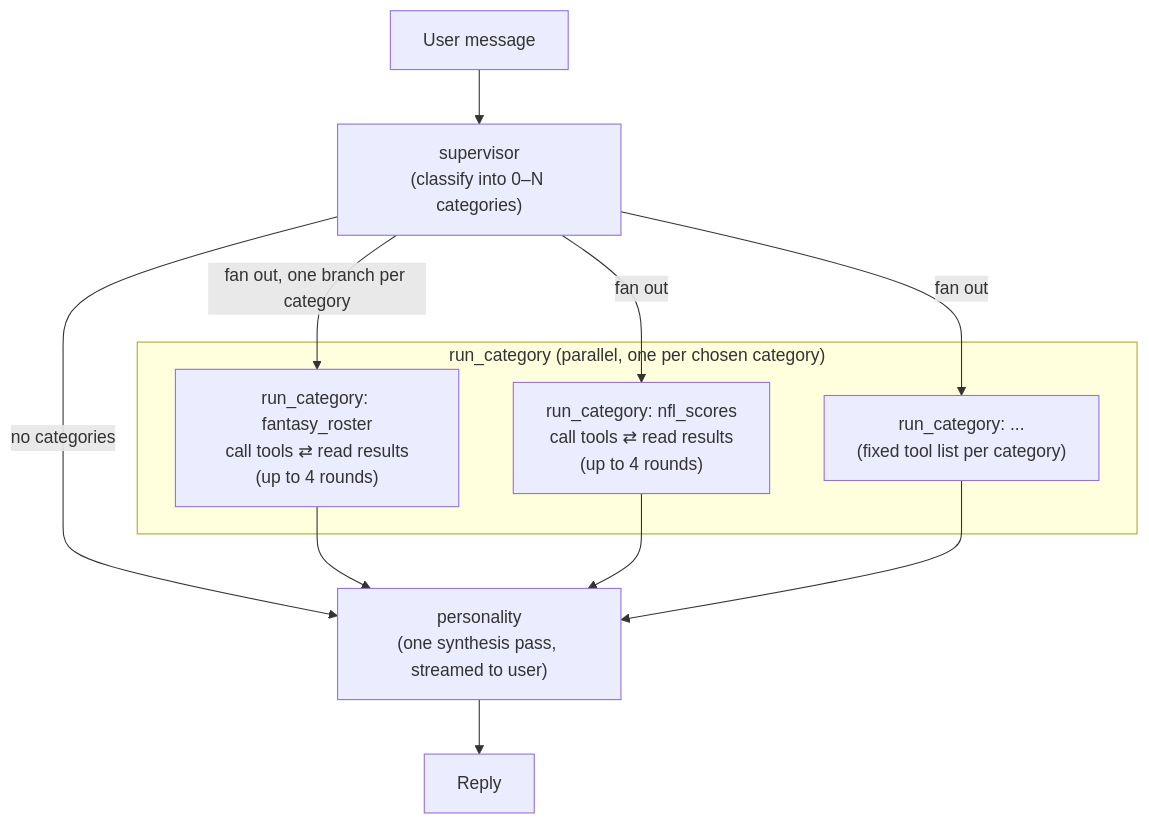
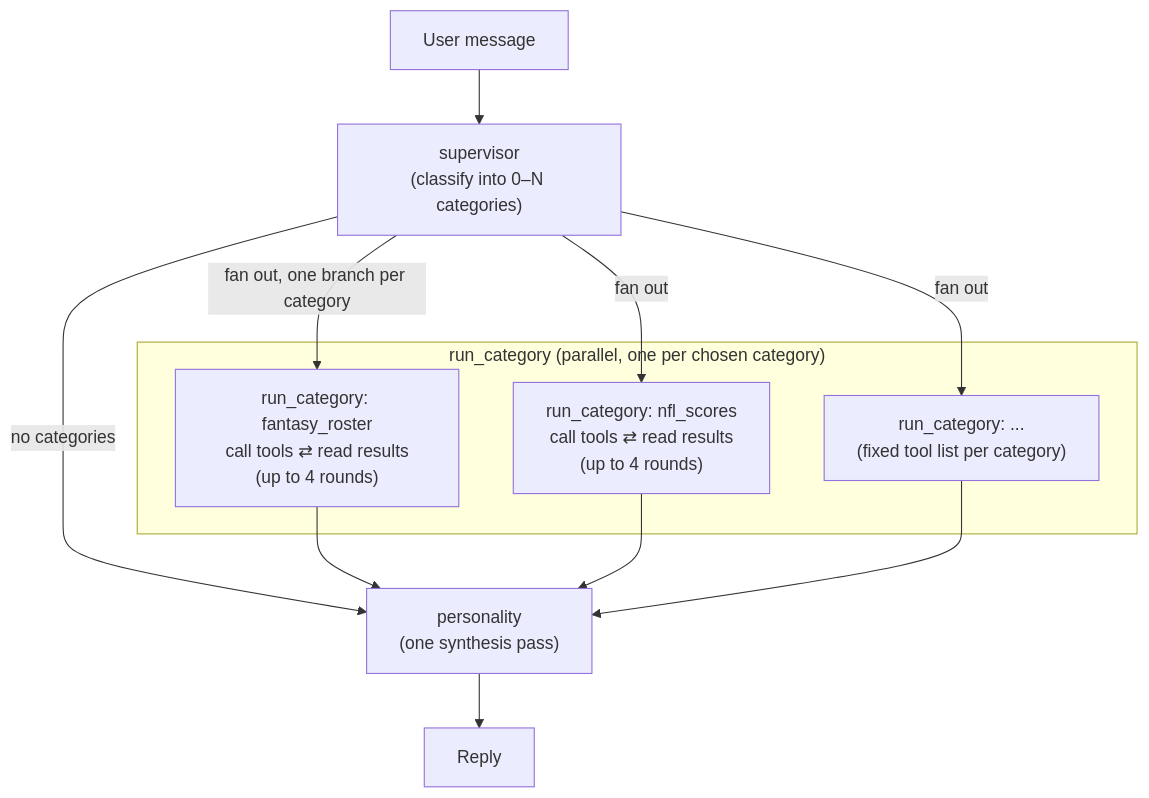
Before and after one commit to Dylanrock333/fantasy-bot: the diagram in docs/LANGGRAPH_WORKFLOW.md, drawn with Mermaid. The commit also changed other lines of this file and 11 other files, not shown here.

First line of the commit message:
Remove SSE streaming, add /api/chart PNG endpoint

````diff
--- a/docs/LANGGRAPH_WORKFLOW.md
+++ b/docs/LANGGRAPH_WORKFLOW.md
@@ -13,19 +13,19 @@
 ```mermaid
 flowchart TD
     U[User message] --> S["supervisor\n(classify into 0–N categories)"]
     S -->|no categories| P
     S -->|fan out, one branch per category| RC1
     S -->|fan out| RC2
     S -->|fan out| RCn
 
     subgraph "run_category (parallel, one per chosen category)"
         RC1["run_category: fantasy_roster\ncall tools ⇄ read results\n(up to 4 rounds)"]
         RC2["run_category: nfl_scores\ncall tools ⇄ read results\n(up to 4 rounds)"]
         RCn["run_category: ...\n(fixed tool list per category)"]
     end
 
     RC1 --> P
     RC2 --> P
     RCn --> P
-    P["personality\n(one synthesis pass, streamed to user)"] --> R[Reply]
+    P["personality\n(one synthesis pass)"] --> R[Reply]
 ```
````
